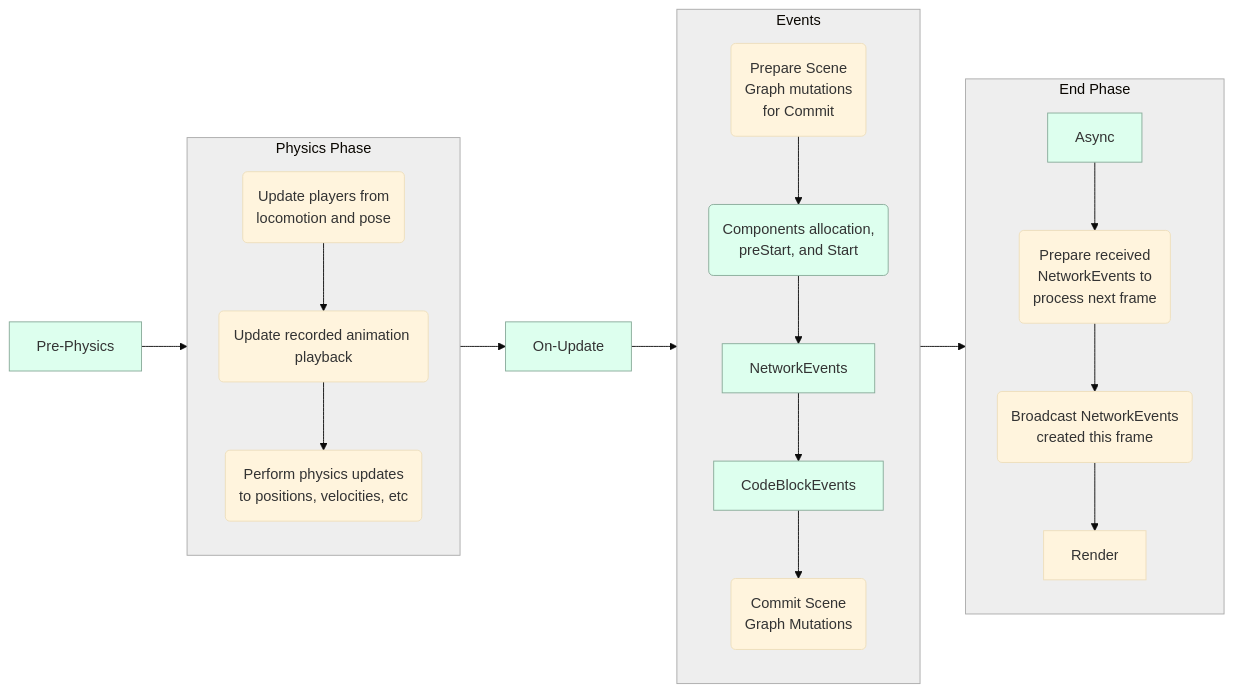
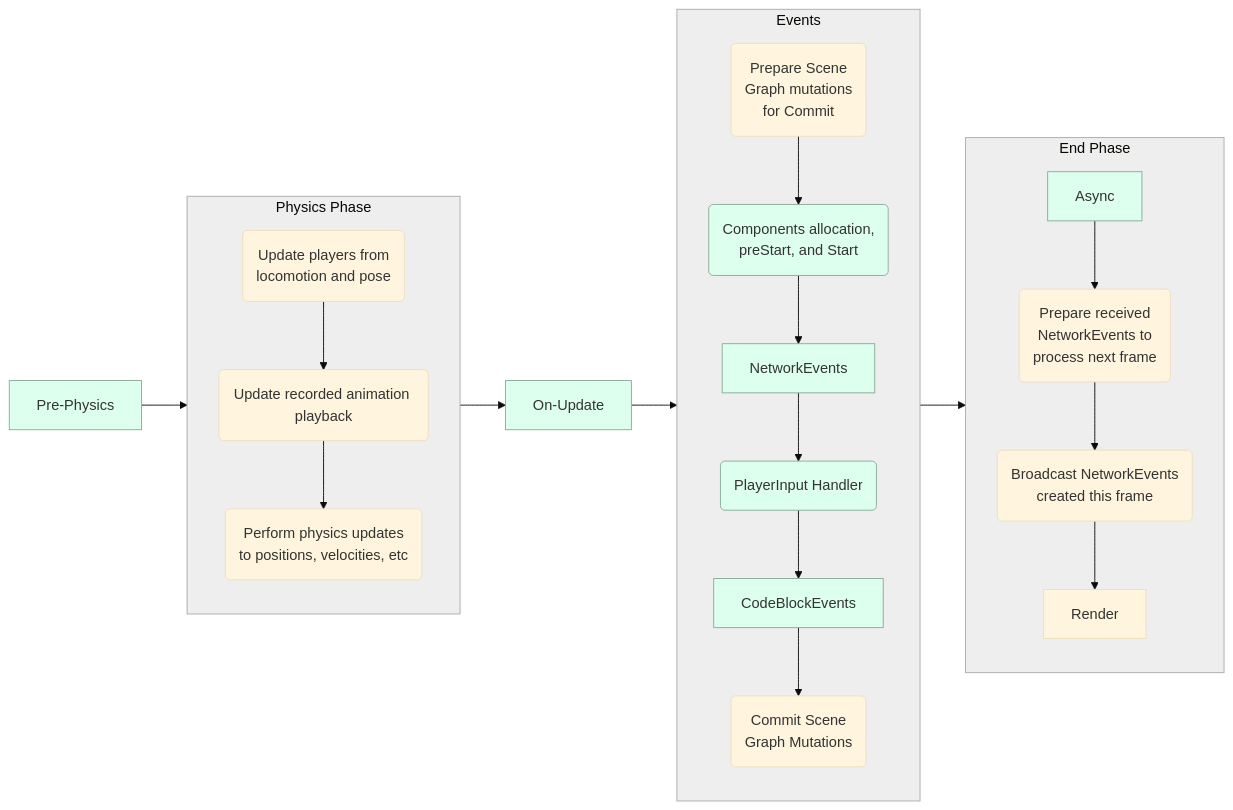
Before and after one commit to MHCPCreators/horizonCreatorManual: the fourth of 8 diagrams in HorizonTechnicalDoc.md, drawn with Mermaid (base theme). The commit also changed other lines of this file and 1 other file, not shown here.

````diff
--- a/HorizonTechnicalDoc.md
+++ b/HorizonTechnicalDoc.md
@@ -1792,30 +1760,31 @@
 ```mermaid
 flowchart LR
   subgraph Physics [Physics Phase]
     locomotion(Update players from<br/>locomotion and pose) --> animation(Update recorded animation playback)
 
     animation --> physicsStep(Perform physics updates<br/>to positions, velocities, etc)
   end
 
   subgraph Events
-    PrepareMutations(Prepare Scene<br/>Graph mutations<br>for Commit) --> Components(Components allocation,<br/>preStart, and Start)  --> NetworkEvents --> CodeBlockEvents --> mutations(Commit Scene <br/>Graph Mutations)
+    PrepareMutations(Prepare Scene<br/>Graph mutations<br>for Commit) --> Components(Components allocation,<br/>preStart, and Start)  --> NetworkEvents --> PlayerInputHandlers(PlayerInput Handler) --> CodeBlockEvents --> mutations(Commit Scene <br/>Graph Mutations)
   end
 
   subgraph EndFrame [End Phase]
     Async --> receive(Prepare received<br/>NetworkEvents to</br>process next frame) --> broadcast(Broadcast NetworkEvents<br/>created this frame) --> Render
   end
 
   Pre-Physics --> Physics --> On-Update --> Events --> EndFrame
 
   style Physics fill:#eee,stroke:#aaa
   style Events fill:#eee,stroke:#aaa
   style EndFrame fill:#eee,stroke:#aaa
 
   %% Scripting
   style Async fill:#dfe,stroke:#8a9
   style Pre-Physics fill:#dfe,stroke:#8a9
   style On-Update fill:#dfe,stroke:#8a9
   style NetworkEvents fill:#dfe,stroke:#8a9
+  style PlayerInputHandlers fill:#dfe,stroke:#8a9
   style CodeBlockEvents fill:#dfe,stroke:#8a9
   style Components fill:#dfe,stroke:#8a9
 ```
````
